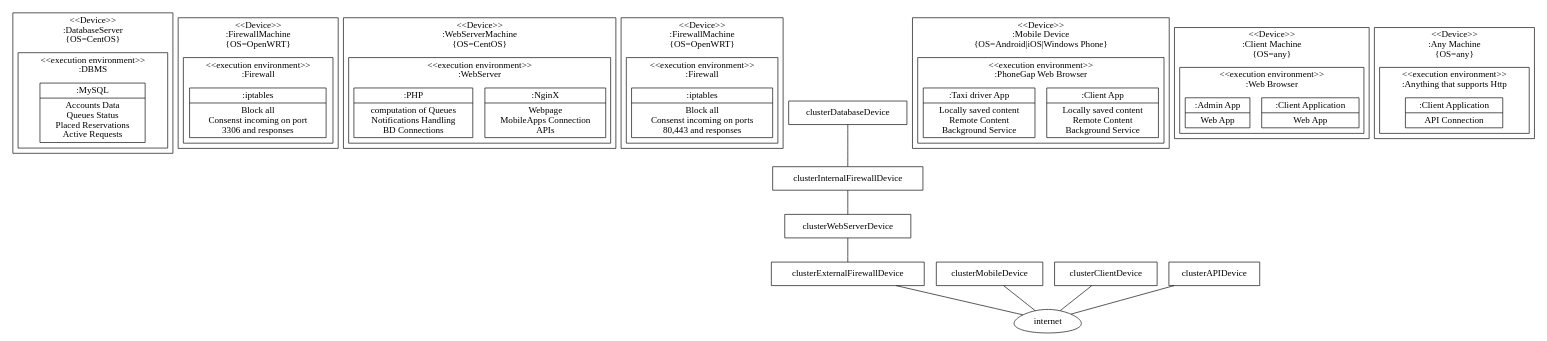
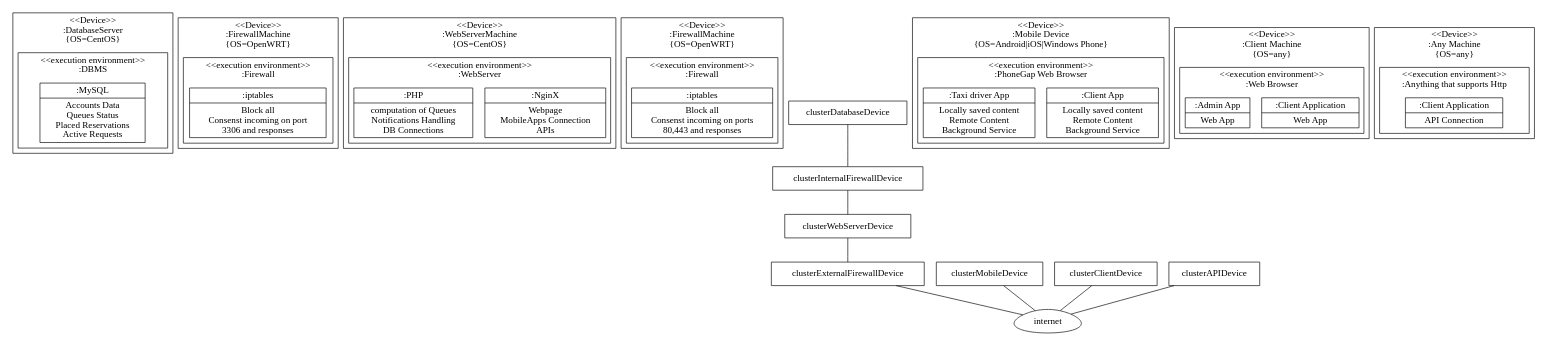
The diagram in DesignDocument/graphviz/Deployment.dot (RobClap/SE2_Stella_Clapis_Project), drawn with Graphviz before and after one commit. The commit also changed 6 other files, not shown here.

```diff
--- a/DesignDocument/graphviz/Deployment.dot
+++ b/DesignDocument/graphviz/Deployment.dot
@@ -1,74 +1,74 @@
 //TODO add horiz lines
 graph Deploy{
 	concentrate=true	
 	node[shape=record]
 	subgraph InternalNetwork{
 		label="Internal Network"
 			subgraph clusterDatabaseDevice{
 				label="<<Device>>\n:DatabaseServer\n{OS=CentOS}"
 					subgraph clusterDBMS{
 						label="<<execution environment>>\n:DBMS"
 							MySQL[label="{:MySQL|Accounts Data\nQueues Status\nPlaced Reservations\nActive Requests}}"]
 					}
 			}
 	}
 	subgraph DMZ{
 		label="DMZ"
 			subgraph clusterInternalFirewallDevice{
 				label="<<Device>>\n:FirewallMachine\n{OS=OpenWRT}"
 					subgraph clusterInternalFirewall{
 						label="<<execution environment>>\n:Firewall"
 							internalIptables[label="{:iptables|Block all\nConsenst incoming on port\n3306 and responses}"]
 					}
 			}
 	}
 	subgraph clusterWebServerDevice{
 		label="<<Device>>\n:WebServerMachine\n{OS=CentOS}"
 			subgraph clusterWebServer{
 				label="<<execution environment>>\n:WebServer"
 					nginx[label="{:NginX|Webpage\nMobileApps Connection\nAPIs}"]
-					php[label="{:PHP|computation of Queues\nNotifications Handling\nBD Connections}"]
+					php[label="{:PHP|computation of Queues\nNotifications Handling\nDB Connections}"]
 			}
 	}
 	subgraph clusterExternalFirewallDevice{
 		label="<<Device>>\n:FirewallMachine\n{OS=OpenWRT}"
 			subgraph clusterExternalFirewall{
 				label="<<execution environment>>\n:Firewall"
 					externalIptables[label="{:iptables|Block all\nConsenst incoming on ports\n80,443 and responses}"]
 			}
 	}
 	internet[shape=egg]
 	subgraph clusterMobileDevice{
 		label="<<Device>>\n:Mobile Device\n{OS=Android|iOS|Windows Phone}"
 			subgraph clusterMobile{
 				label="<<execution environment>>\n:PhoneGap Web Browser"
 					clientApp[label="{:Client App|Locally saved content\nRemote Content\nBackground Service}"]
 					driverApp[label="{:Taxi driver App|Locally saved content\nRemote Content\nBackground Service}"]
 			}
 	}
 	subgraph clusterClientDevice{
 		label="<<Device>>\n:Client Machine\n{OS=any}"
 			subgraph clusterBrowser{
 				label="<<execution environment>>\n:Web Browser"
 					clientWebApp[label="{:Client Application|Web App}"]
 					adminApp[label="{:Admin App|Web App}"]
 			}
 	}
 	subgraph clusterAPIDevice{
 		label="<<Device>>\n:Any Machine\n{OS=any}"
 			subgraph clusterAPI{
 				label="<<execution environment>>\n:Anything that supports Http"
 					APIClient[label="{:Client Application|API Connection}"]
 			}
 	}
 	clusterDatabaseDevice -- clusterInternalFirewallDevice
 	clusterInternalFirewallDevice -- clusterWebServerDevice
 	clusterWebServerDevice--clusterExternalFirewallDevice
 	clusterExternalFirewallDevice--internet
 	clusterMobileDevice--internet
 	clusterClientDevice--internet
 	clusterAPIDevice--internet
 }
 /*
    nginx[label=<<B>:NginX</B><BR/><BR/>Webpage<BR/>MobileApps Connection<BR/>APIs>]
  */
```
